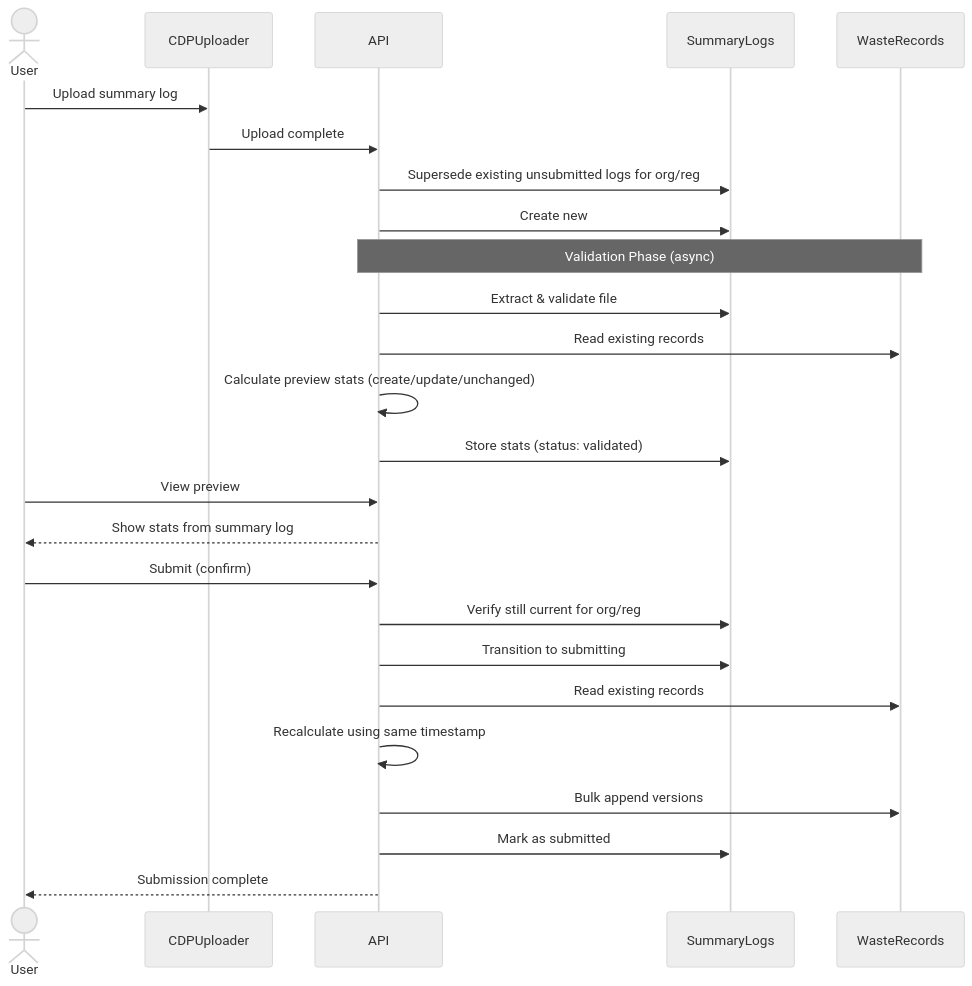
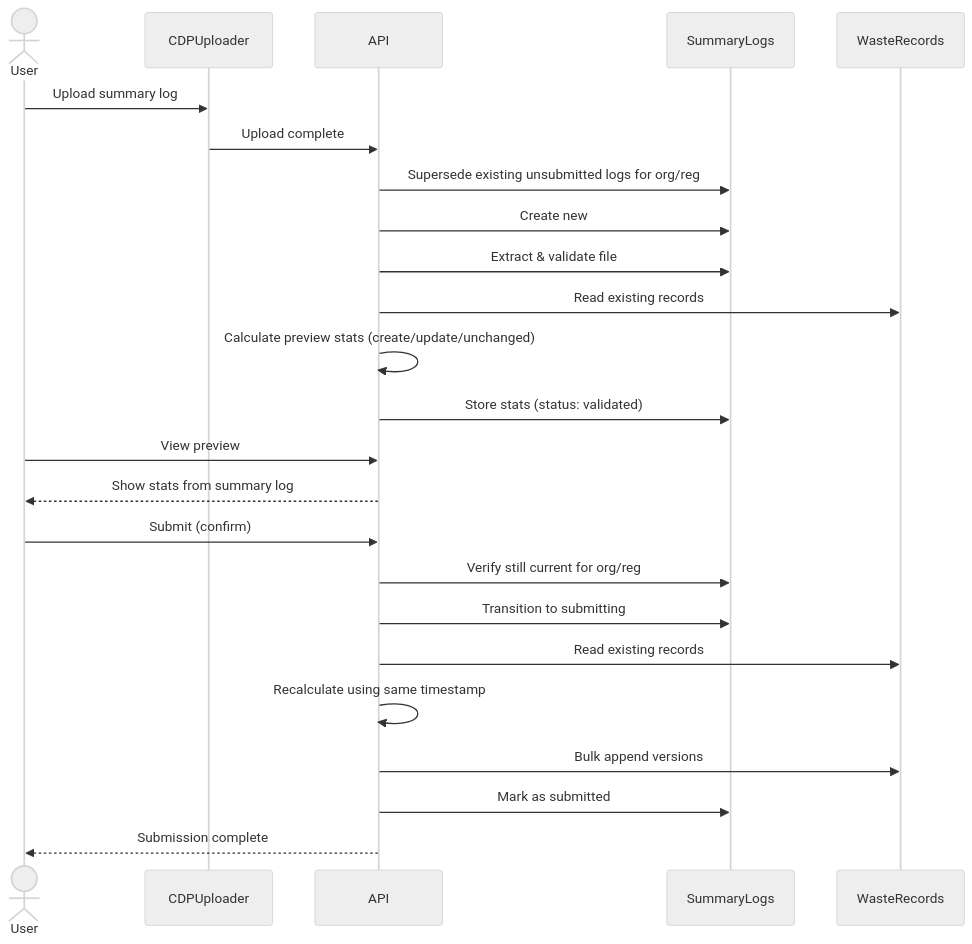
The first of 6 diagrams in docs/architecture/decisions/0021-concurrent-summary-log-submission.md (DEFRA/epr-backend), drawn with Mermaid (neutral theme) before and after one commit.

Commit message:
docs: remove validation phase async note from workflow diagram

````diff
--- a/docs/architecture/decisions/0021-concurrent-summary-log-submission.md
+++ b/docs/architecture/decisions/0021-concurrent-summary-log-submission.md
@@ -54,31 +54,30 @@
 ```mermaid
 sequenceDiagram
     actor User
     participant CDPUploader
     participant API
     participant SummaryLogs
     participant WasteRecords
 
     User->>CDPUploader: Upload summary log
     CDPUploader->>API: Upload complete
     API->>SummaryLogs: Supersede existing unsubmitted logs for org/reg
     API->>SummaryLogs: Create new
 
-    Note over API,WasteRecords: Validation Phase (async)
     API->>SummaryLogs: Extract & validate file
     API->>WasteRecords: Read existing records
     API->>API: Calculate preview stats (create/update/unchanged)
     API->>SummaryLogs: Store stats (status: validated)
 
     User->>API: View preview
     API-->>User: Show stats from summary log
 
     User->>API: Submit (confirm)
     API->>SummaryLogs: Verify still current for org/reg
     API->>SummaryLogs: Transition to submitting
     API->>WasteRecords: Read existing records
     API->>API: Recalculate using same timestamp
     API->>WasteRecords: Bulk append versions
     API->>SummaryLogs: Mark as submitted
     API-->>User: Submission complete
 ```
````
